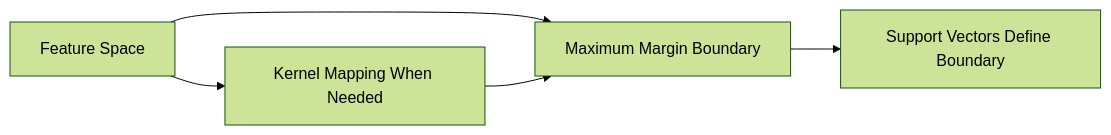
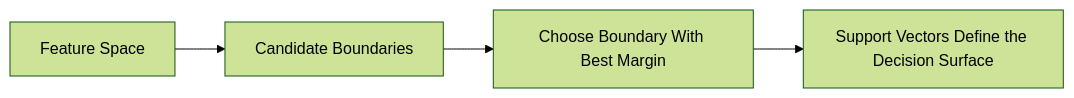
The diagram in _posts/2026-01-12-support-vector-machines-and-kernel-trick.md (sandeepbhardwaj/sandeepbhardwaj.github.io), drawn with Mermaid (forest theme) before and after one commit. The commit also changed other lines of this file and 19 other files, not shown here.

````diff
--- a/_posts/2026-01-12-support-vector-machines-and-kernel-trick.md
+++ b/_posts/2026-01-12-support-vector-machines-and-kernel-trick.md
@@ -45,7 +49,6 @@
 ```mermaid
 flowchart LR
-    A[Feature Space] --> B[Maximum Margin Boundary]
-    B --> C[Support Vectors Define Boundary]
-    A --> D[Kernel Mapping When Needed]
-    D --> B
+    A[Feature Space] --> B[Candidate Boundaries]
+    B --> C[Choose Boundary With Best Margin]
+    C --> D[Support Vectors Define the Decision Surface]
 ```
````
